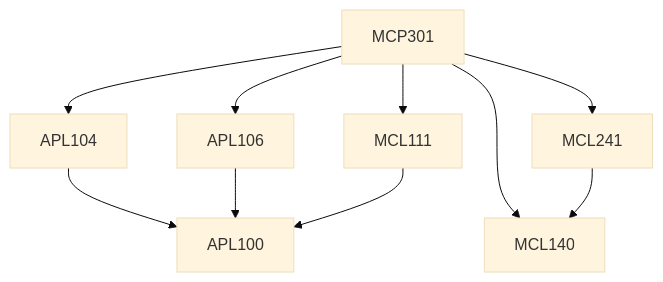
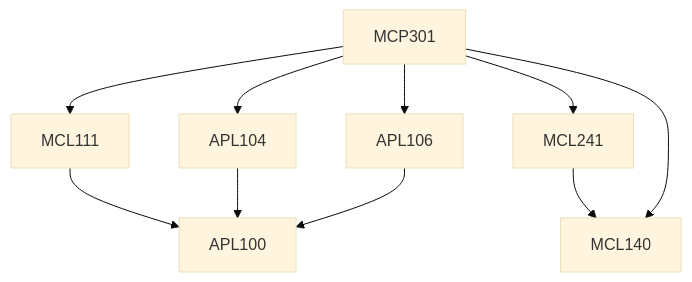
The diagram in content/Mechanical Engineering/MCP301.md (KeshavBansal0122/CoS_Website), drawn with Mermaid (base theme) before and after one commit. The commit also changed other lines of this file and 2667 other files, not shown here.

````diff
--- a/content/Mechanical Engineering/MCP301.md
+++ b/content/Mechanical Engineering/MCP301.md
@@ -15,12 +13,16 @@
 ```mermaid
-graph TD
-MCP301 --> APL104
-APL104 --> APL100
-MCP301 --> APL106
-APL106 --> APL100
-MCP301 --> MCL111
-MCL111 --> APL100
-MCP301 --> MCL140
-MCP301 --> MCL241
-MCL241 --> MCL140
+flowchart TD
+MCP301-472[MCP301]
+MCP301-472 --> APL106-472[APL106]
+MCL111-472 --> APL100-472[APL100]
+MCP301-472 --> MCL241-472[MCL241]
+APL104-472 --> APL100-472[APL100]
+MCP301-472 --> APL104-472[APL104]
+MCP301-472 --> MCL111-472[MCL111]
+MCL241-472 --> MCL140-472[MCL140]
+APL106-472 --> APL100-472[APL100]
+MCP301-472 --> MCL140-472[MCL140]
+
+classDef empty height:17px, fill:transparent, stroke:transparent;
+classDef trueEmpty height:0px, width:0px;
 ```
````
